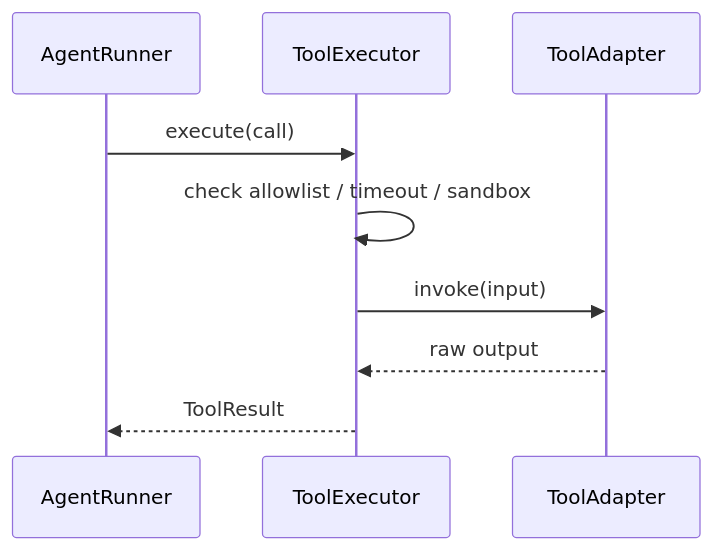
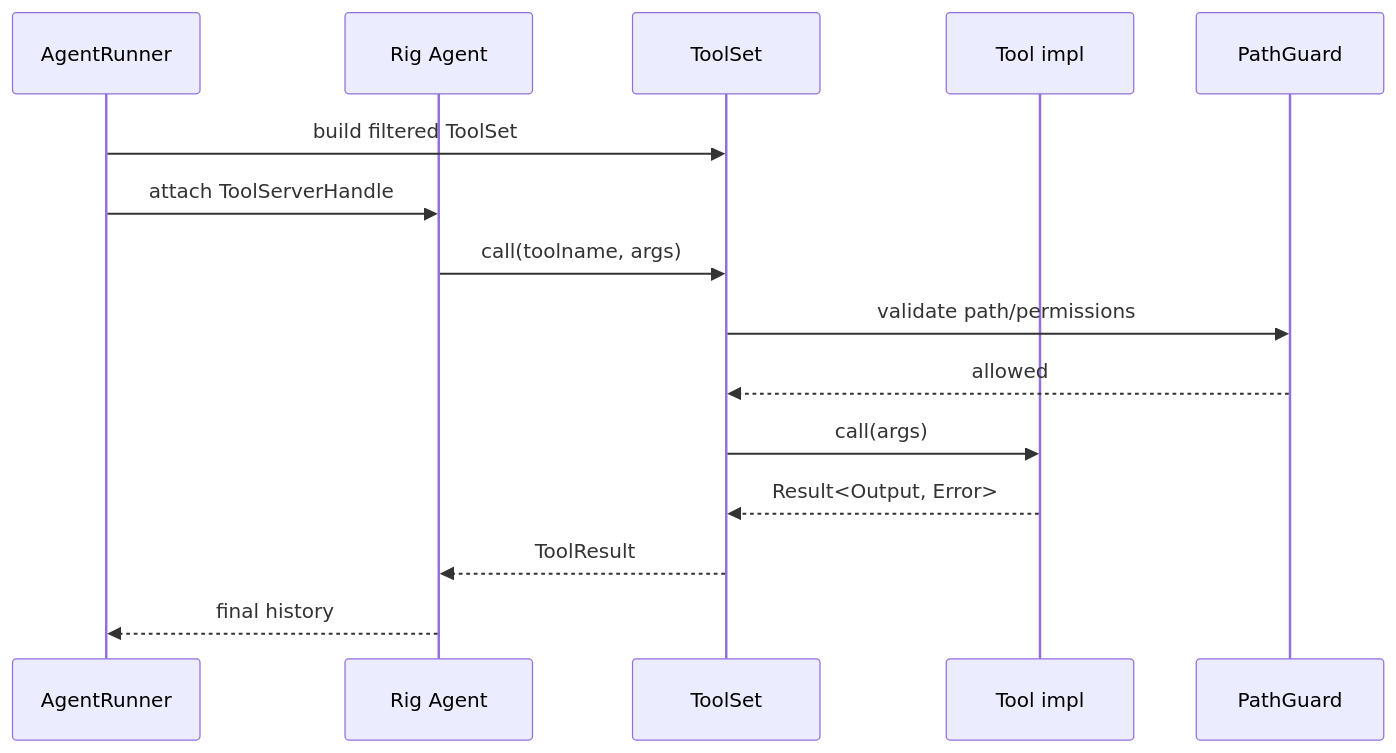
Before and after one commit to zhuxining/MindClaw: the diagram in docs/architecture/03.07-tool-execution.md, drawn with Mermaid. The commit also changed other lines of this file and 55 other files, not shown here.

````diff
--- a/docs/architecture/03.07-tool-execution.md
+++ b/docs/architecture/03.07-tool-execution.md
@@ -61,12 +125,18 @@
 ```mermaid
 sequenceDiagram
     participant Runner as AgentRunner
-    participant Exec as ToolExecutor
-    participant Tool as ToolAdapter
+    participant Agent as Rig Agent
+    participant ToolSet as ToolSet
+    participant Tool as Tool impl
+    participant Guard as PathGuard
 
-    Runner->>Exec: execute(call)
-    Exec->>Exec: check allowlist / timeout / sandbox
-    Exec->>Tool: invoke(input)
-    Tool-->>Exec: raw output
-    Exec-->>Runner: ToolResult
+    Runner->>ToolSet: build filtered ToolSet
+    Runner->>Agent: attach ToolServerHandle
+    Agent->>ToolSet: call(toolname, args)
+    ToolSet->>Guard: validate path/permissions
+    Guard-->>ToolSet: allowed
+    ToolSet->>Tool: call(args)
+    Tool-->>ToolSet: Result<Output, Error>
+    ToolSet-->>Agent: ToolResult
+    Agent-->>Runner: final history
 ```
````
